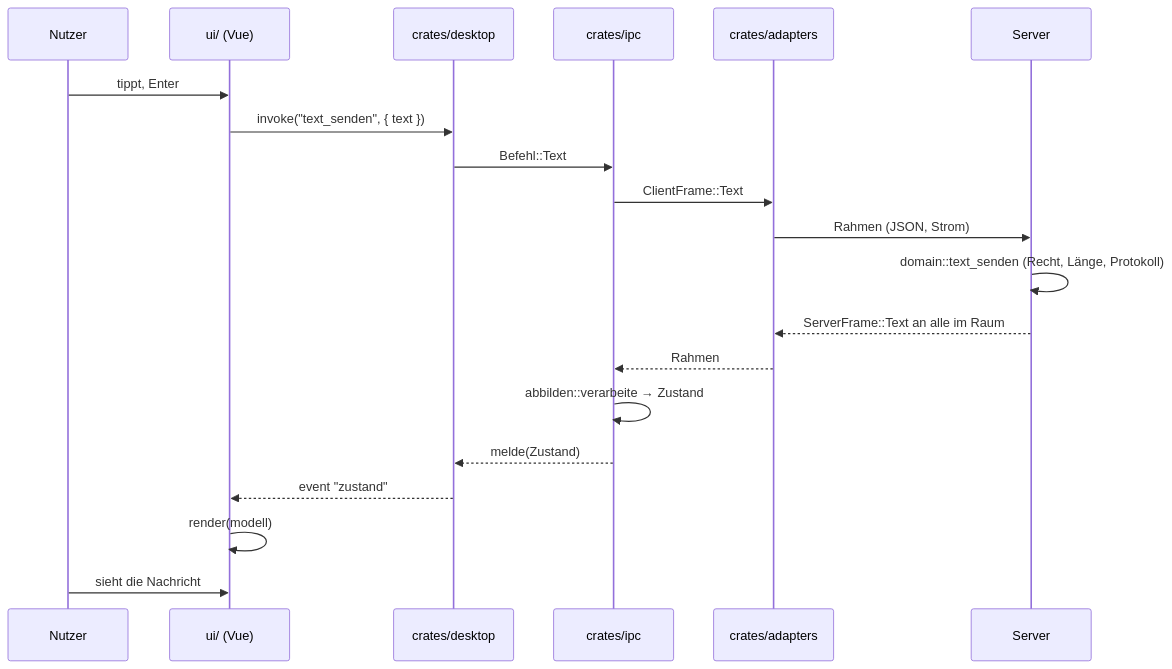
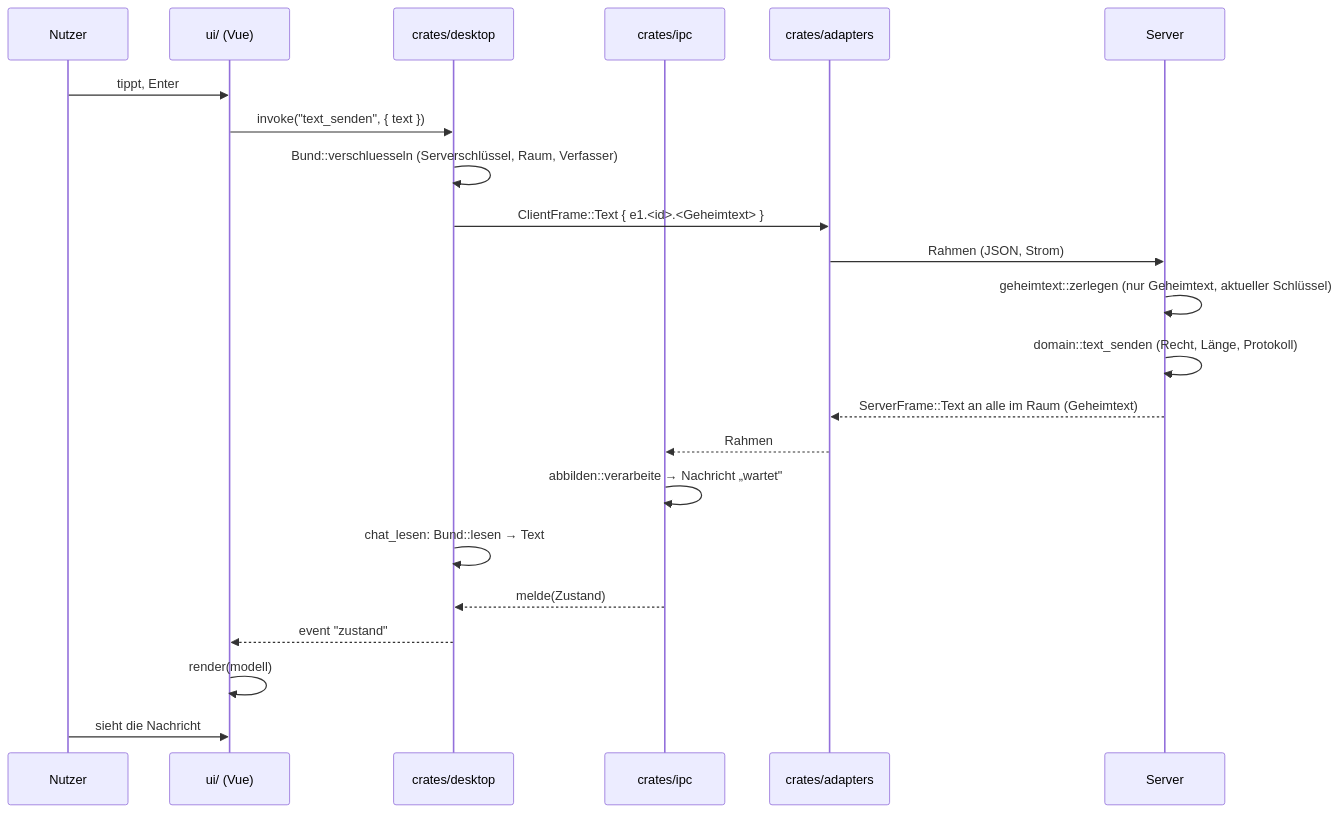
Before and after one commit to patimweb-labs/sprechwerk: the diagram in docs/datenfluss.md, drawn with Mermaid. The commit also changed other lines of this file and 13 other files, not shown here.

````diff
--- a/docs/datenfluss.md
+++ b/docs/datenfluss.md
@@ -5,23 +5,25 @@
 ```mermaid
 sequenceDiagram
     participant N as Nutzer
     participant UI as ui/ (Vue)
     participant D as crates/desktop
     participant I as crates/ipc
     participant A as crates/adapters
     participant S as Server
 
     N->>UI: tippt, Enter
     UI->>D: invoke("text_senden", { text })
-    D->>I: Befehl::Text
-    I->>A: ClientFrame::Text
+    D->>D: Bund::verschluesseln (Serverschlüssel, Raum, Verfasser)
+    D->>A: ClientFrame::Text { e1.<id>.<Geheimtext> }
     A->>S: Rahmen (JSON, Strom)
+    S->>S: geheimtext::zerlegen (nur Geheimtext, aktueller Schlüssel)
     S->>S: domain::text_senden (Recht, Länge, Protokoll)
-    S-->>A: ServerFrame::Text an alle im Raum
+    S-->>A: ServerFrame::Text an alle im Raum (Geheimtext)
     A-->>I: Rahmen
-    I->>I: abbilden::verarbeite → Zustand
+    I->>I: abbilden::verarbeite → Nachricht „wartet"
+    D->>D: chat_lesen: Bund::lesen → Text
     I-->>D: melde(Zustand)
     D-->>UI: event "zustand"
     UI->>UI: render(modell)
     N->>UI: sieht die Nachricht
 ```
````
